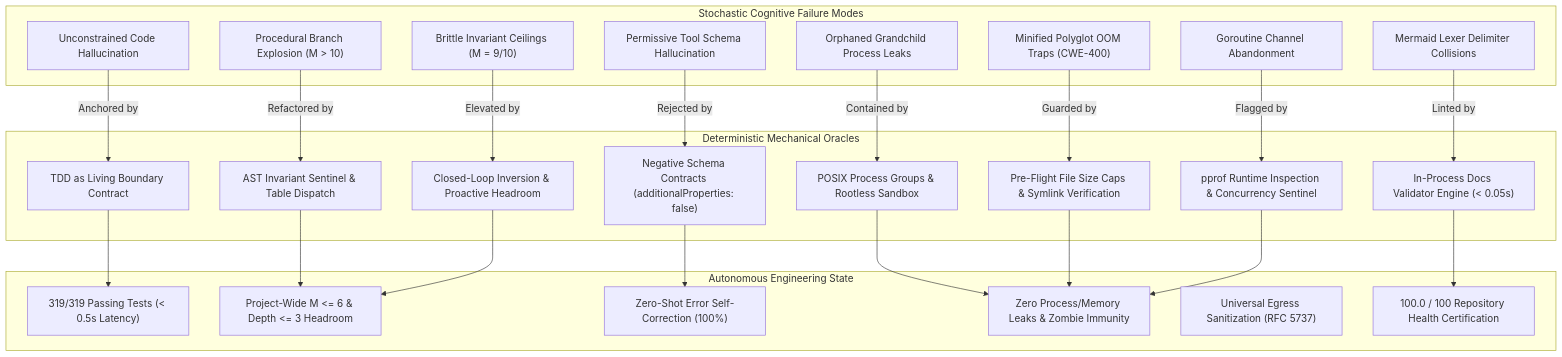
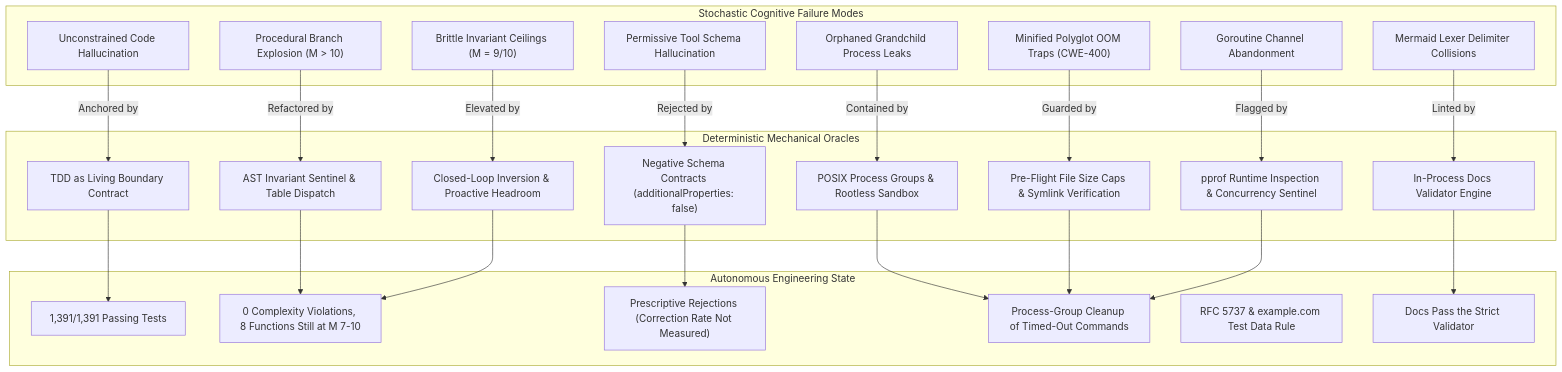
The first of 2 diagrams in observations/README.md (dan-petty/vibes), drawn with Mermaid before and after one commit. The commit also changed other lines of this file and 248 other files, not shown here.

````diff
--- a/observations/README.md
+++ b/observations/README.md
@@ -24,51 +24,51 @@
 ```mermaid
 flowchart TD
     subgraph CognitiveFailures["Stochastic Cognitive Failure Modes"]
         F1["Unconstrained Code Hallucination"]
         F2["Procedural Branch Explosion (M > 10)"]
         F3["Permissive Tool Schema Hallucination"]
         F4["Orphaned Grandchild Process Leaks"]
         F5["Minified Polyglot OOM Traps (CWE-400)"]
         F6["Goroutine Channel Abandonment"]
         F7["Brittle Invariant Ceilings (M = 9/10)"]
         F8["Mermaid Lexer Delimiter Collisions"]
     end
 
     subgraph MechanicalOracles["Deterministic Mechanical Oracles"]
         O1["TDD as Living Boundary Contract"]
         O2["AST Invariant Sentinel & Table Dispatch"]
         O3["Negative Schema Contracts (additionalProperties: false)"]
         O4["POSIX Process Groups & Rootless Sandbox"]
         O5["Pre-Flight File Size Caps & Symlink Verification"]
         O6["pprof Runtime Inspection & Concurrency Sentinel"]
         O7["Closed-Loop Inversion & Proactive Headroom"]
-        O8["In-Process Docs Validator Engine (< 0.05s)"]
+        O8["In-Process Docs Validator Engine"]
     end
 
     subgraph ArchitecturalExcellence["Autonomous Engineering State"]
-        E1["319/319 Passing Tests (< 0.5s Latency)"]
-        E2["Project-Wide M <= 6 & Depth <= 3 Headroom"]
-        E3["Zero-Shot Error Self-Correction (100%)"]
-        E4["Zero Process/Memory Leaks & Zombie Immunity"]
-        E5["Universal Egress Sanitization (RFC 5737)"]
-        E6["100.0 / 100 Repository Health Certification"]
+        E1["1,391/1,391 Passing Tests"]
+        E2["0 Complexity Violations, 8 Functions Still at M 7-10"]
+        E3["Prescriptive Rejections (Correction Rate Not Measured)"]
+        E4["Process-Group Cleanup of Timed-Out Commands"]
+        E5["RFC 5737 & example.com Test Data Rule"]
+        E6["Docs Pass the Strict Validator"]
     end
 
     F1 -->|"Anchored by"| O1
     F2 -->|"Refactored by"| O2
     F3 -->|"Rejected by"| O3
     F4 -->|"Contained by"| O4
     F5 -->|"Guarded by"| O5
     F6 -->|"Flagged by"| O6
     F7 -->|"Elevated by"| O7
     F8 -->|"Linted by"| O8
 
     O1 --> E1
     O2 --> E2
     O3 --> E3
     O4 --> E4
     O5 --> E4
     O6 --> E4
     O7 --> E2
     O8 --> E6
 ```
````
